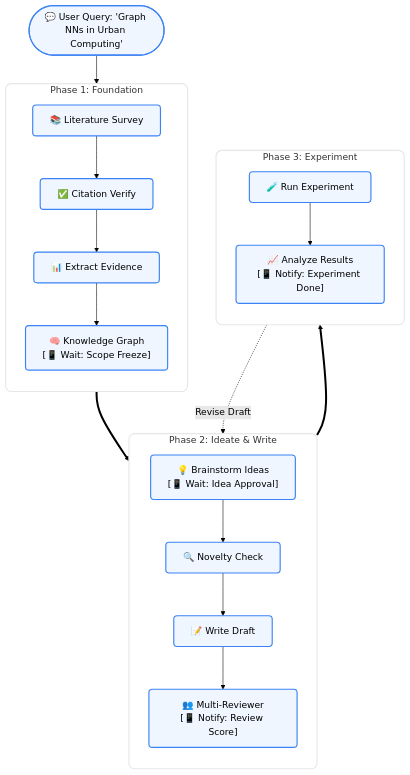
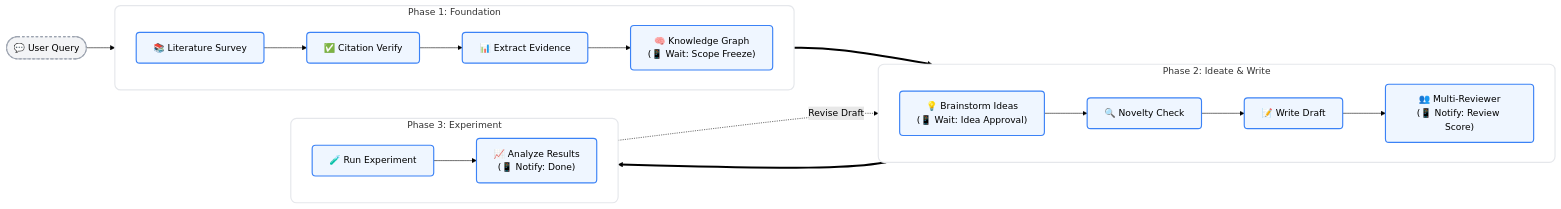
One commit to ChunqiGuo02/Nexus changed the diagram in README.md. Above: the diagram before and after it, drawn with Mermaid (forest theme). The commit also changed other lines of this file and 8 other files, not shown here.

````diff
--- a/README.md
+++ b/README.md
@@ -24,41 +24,31 @@
 ```mermaid
-flowchart TD
+flowchart LR
     %% Styles
     classDef phaseBox fill:#ffffff,stroke:#e5e7eb,stroke-width:2px,rx:10,ry:10
     classDef node fill:#eff6ff,stroke:#3b82f6,stroke-width:2px,rx:6,ry:6
-    classDef notify fill:#fdf4ff,stroke:#d946ef,stroke-width:2px,rx:6,ry:6,color:#a21caf
+    classDef query fill:#f3f4f6,stroke:#9ca3af,stroke-width:2px,stroke-dasharray: 4 4
 
-    Q(["💬 User Query: 'Graph NNs in Urban Computing'"])
+    Q(["💬 User Query"]):::query
     
     subgraph P1 ["Phase 1: Foundation"]
-        direction TB
-        S["📚 Literature Survey"]:::node
-        V["✅ Citation Verify"]:::node
-        E["📊 Extract Evidence"]:::node
-        K["🧠 Knowledge Graph\n[📱 Wait: Scope Freeze]"]:::node
-        S --> V --> E --> K
+        direction LR
+        S["📚 Literature Survey"]:::node --> V["✅ Citation Verify"]:::node --> E["📊 Extract Evidence"]:::node --> K["🧠 Knowledge Graph\n(📱 Wait: Scope Freeze)"]:::node
     end
 
     subgraph P2 ["Phase 2: Ideate & Write"]
-        direction TB
-        B["💡 Brainstorm Ideas\n[📱 Wait: Idea Approval]"]:::node
-        N["🔍 Novelty Check"]:::node
-        D["📝 Write Draft"]:::node
-        M["👥 Multi-Reviewer\n[📱 Notify: Review Score]"]:::node
-        B --> N --> D --> M
+        direction LR
+        B["💡 Brainstorm Ideas\n(📱 Wait: Idea Approval)"]:::node --> N["🔍 Novelty Check"]:::node --> D["📝 Write Draft"]:::node --> M["👥 Multi-Reviewer\n(📱 Notify: Review Score)"]:::node
     end
 
     subgraph P3 ["Phase 3: Experiment"]
-        direction TB
-        R["🧪 Run Experiment"]:::node
-        A["📈 Analyze Results\n[📱 Notify: Experiment Done]"]:::node
-        R --> A
+        direction LR
+        R["🧪 Run Experiment"]:::node --> A["📈 Analyze Results\n(📱 Notify: Done)"]:::node
     end
 
     Q --> P1
     P1 ==> P2
     P2 ==> P3
     P3 -.->|Revise Draft| P2
 
     class P1,P2,P3 phaseBox
 ```
````
